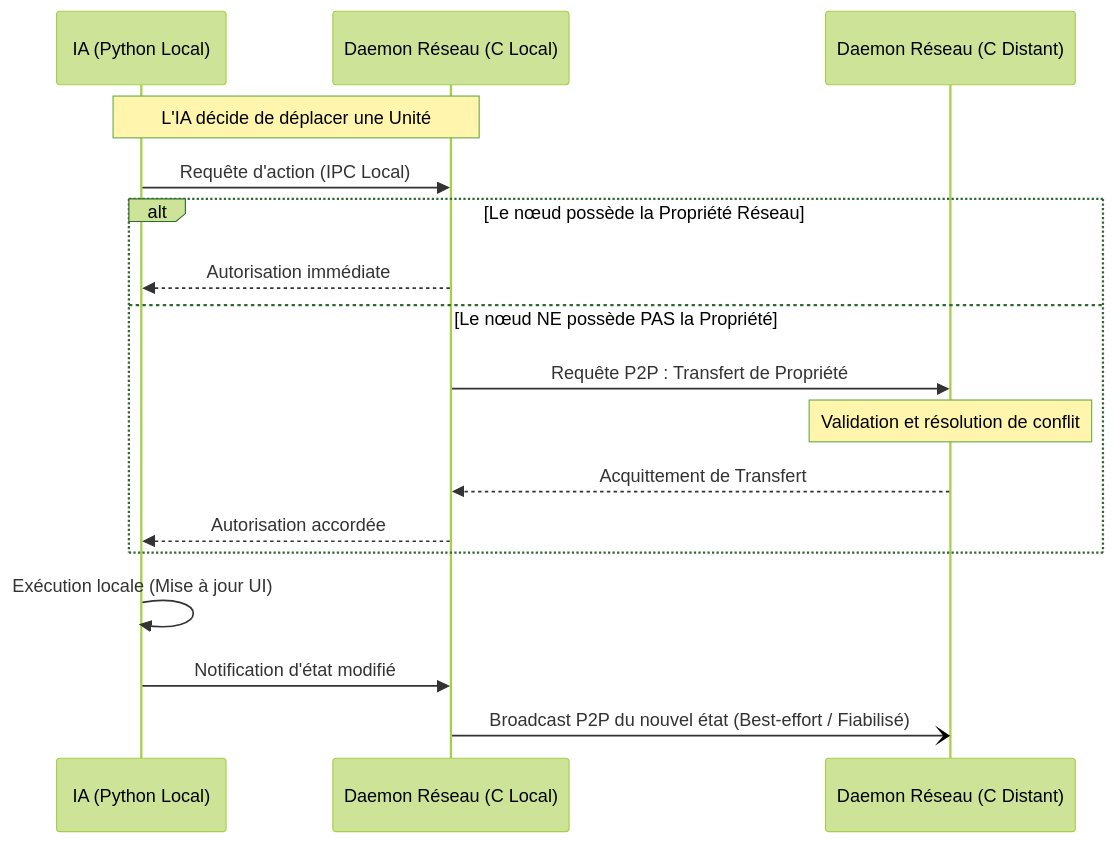
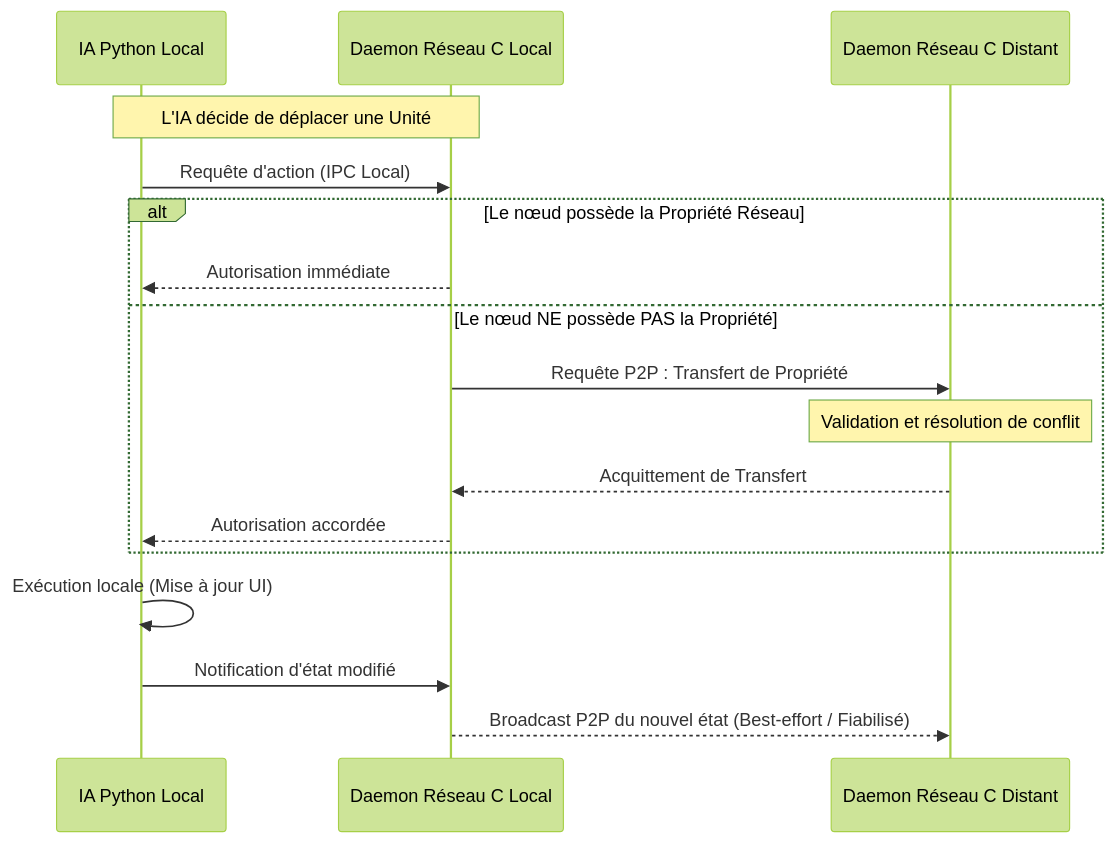
Before and after one commit to YOUSSEF4315/STI3A-Projet_reseaux_1: the second of 2 diagrams in README.md, drawn with Mermaid (forest theme). The commit also changed other lines of this file, not shown here.

Commit message:
docs: Fix Mermaid syntax errors in diagrams

````diff
--- a/README.md
+++ b/README.md
@@ -32,22 +32,22 @@
 ```mermaid
 sequenceDiagram
-    participant IA as IA (Python Local)
-    participant CL as Daemon Réseau (C Local)
-    participant CD as Daemon Réseau (C Distant)
+    participant IA as IA Python Local
+    participant CL as Daemon Réseau C Local
+    participant CD as Daemon Réseau C Distant
 
     Note over IA, CL: L'IA décide de déplacer une Unité
     IA->>CL: Requête d'action (IPC Local)
     
     alt Le nœud possède la Propriété Réseau
         CL-->>IA: Autorisation immédiate
     else Le nœud NE possède PAS la Propriété
         CL->>CD: Requête P2P : Transfert de Propriété
         Note over CD: Validation et résolution de conflit
         CD-->>CL: Acquittement de Transfert
         CL-->>IA: Autorisation accordée
     end
     
     IA->>IA: Exécution locale (Mise à jour UI)
     IA->>CL: Notification d'état modifié
-    CL-)CD: Broadcast P2P du nouvel état (Best-effort / Fiabilisé)
+    CL-->>CD: Broadcast P2P du nouvel état (Best-effort / Fiabilisé)
 ```
````
